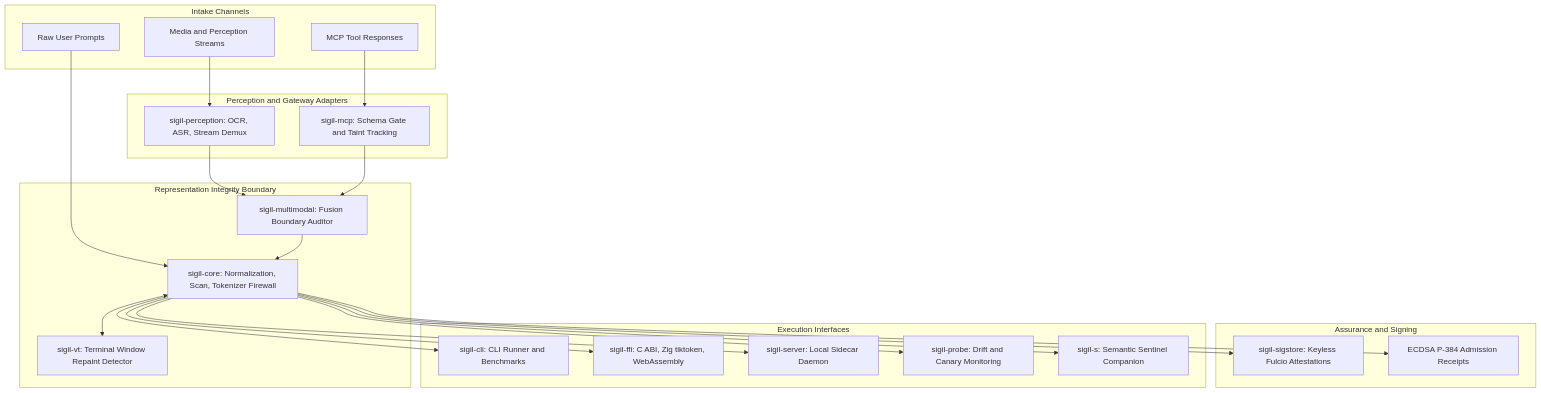
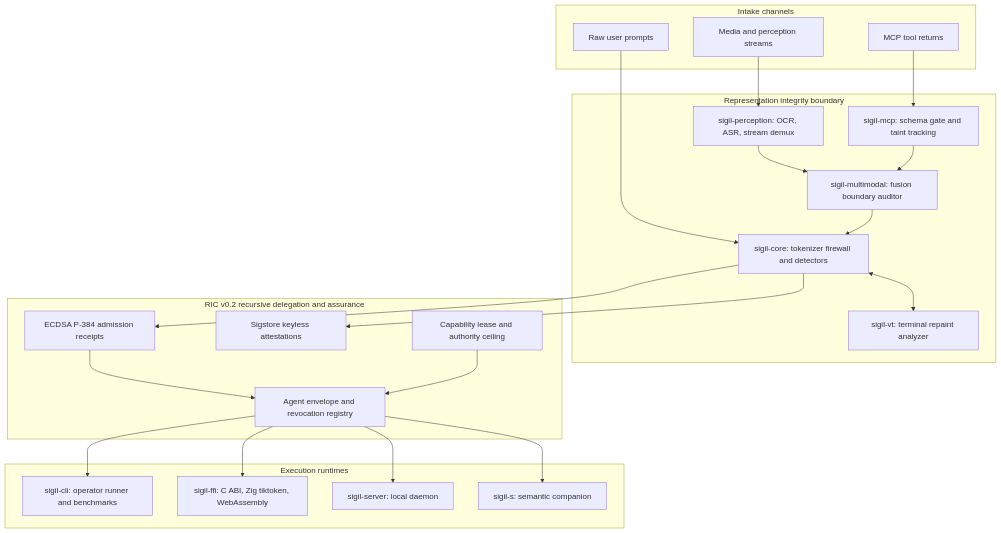
The first of 2 diagrams in docs/ARCHITECTURE.md (ckodex-labs/ckodex-sigil-ric), drawn with Mermaid before and after one commit. The commit also changed other lines of this file and 1 other file, not shown here.

Commit message:
docs: update architecture diagrams and test count with ric v0.2 recursive delegation

````diff
--- a/docs/ARCHITECTURE.md
+++ b/docs/ARCHITECTURE.md
@@ -7,44 +7,43 @@
 ```mermaid
 flowchart TD
-    subgraph Clients["Intake Channels"]
-        RAW["Raw User Prompts"]
-        MCP_IN["MCP Tool Responses"]
-        MEDIA["Media and Perception Streams"]
+    subgraph Ingress["Intake channels"]
+        RawPrompt["Raw user prompts"]
+        MCPResponse["MCP tool returns"]
+        MediaStream["Media and perception streams"]
     end
 
-    subgraph Adapters["Perception and Gateway Adapters"]
-        PERC["sigil-perception: OCR, ASR, Stream Demux"]
-        MCP_GATE["sigil-mcp: Schema Gate and Taint Tracking"]
+    subgraph Boundary["Representation integrity boundary"]
+        Perception["sigil-perception: OCR, ASR, stream demux"]
+        MCPGate["sigil-mcp: schema gate and taint tracking"]
+        Core["sigil-core: tokenizer firewall and detectors"]
+        VT["sigil-vt: terminal repaint analyzer"]
+        Multimodal["sigil-multimodal: fusion boundary auditor"]
     end
 
-    subgraph Kernel["Representation Integrity Boundary"]
-        CORE["sigil-core: Normalization, Scan, Tokenizer Firewall"]
-        VT["sigil-vt: Terminal Window Repaint Detector"]
-        MULTI["sigil-multimodal: Fusion Boundary Auditor"]
+    subgraph Delegation["RIC v0.2 recursive delegation and assurance"]
+        Receipt["ECDSA P-384 admission receipts"]
+        Sigstore["Sigstore keyless attestations"]
+        Lease["Capability lease and authority ceiling"]
+        Envelope["Agent envelope and revocation registry"]
     end
 
-    subgraph Assurance["Assurance and Signing"]
-        SIG["sigil-sigstore: Keyless Fulcio Attestations"]
-        ECDSA["ECDSA P-384 Admission Receipts"]
+    subgraph Execution["Execution runtimes"]
+        CLI["sigil-cli: operator runner and benchmarks"]
+        FFI["sigil-ffi: C ABI, Zig tiktoken, WebAssembly"]
+        Server["sigil-server: local daemon"]
+        Semantic["sigil-s: semantic companion"]
     end
 
-    subgraph Runtime["Execution Interfaces"]
-        CLI["sigil-cli: CLI Runner and Benchmarks"]
-        FFI["sigil-ffi: C ABI, Zig tiktoken, WebAssembly"]
-        SRV["sigil-server: Local Sidecar Daemon"]
-        PROBE["sigil-probe: Drift and Canary Monitoring"]
-        S["sigil-s: Semantic Sentinel Companion"]
-    end
-
-    RAW --> CORE
-    MEDIA --> PERC --> MULTI --> CORE
-    MCP_IN --> MCP_GATE --> MULTI
-    CORE <--> VT
-    CORE --> ECDSA
-    CORE --> SIG
-    CORE --> FFI
-    CORE --> CLI
-    CORE --> SRV
-    CORE --> PROBE
-    CORE --> S
+    RawPrompt --> Core
+    MediaStream --> Perception --> Multimodal --> Core
+    MCPResponse --> MCPGate --> Multimodal
+    Core <--> VT
+    Core --> Receipt
+    Core --> Sigstore
+    Receipt --> Envelope
+    Lease --> Envelope
+    Envelope --> CLI
+    Envelope --> FFI
+    Envelope --> Server
+    Envelope --> Semantic
 ```
````
